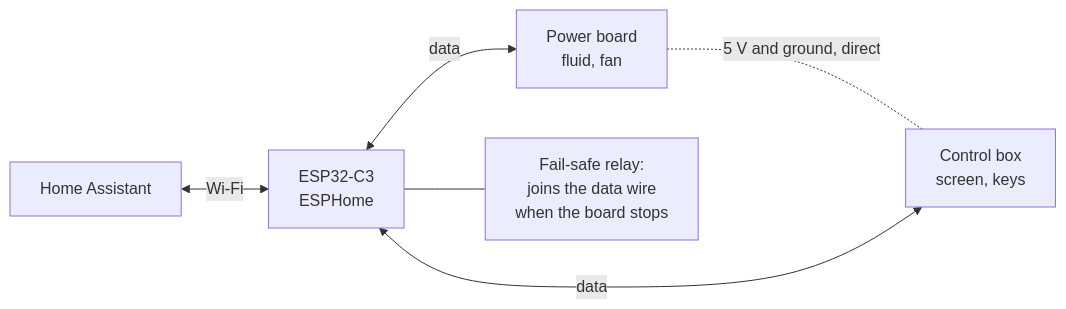
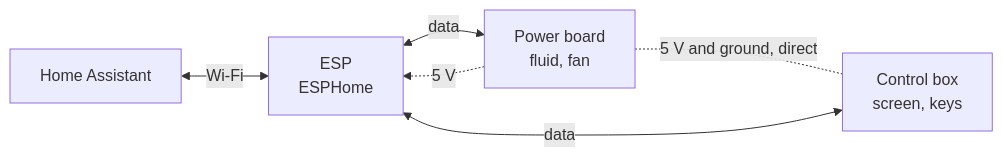
Before and after one commit to Plokkke/sauter-marapi-esphome: the diagram in README.en.md, drawn with Mermaid. The commit also changed other lines of this file and 7 other files, not shown here.

First line of the commit message:
docs: power the MITM board from the ribbon, without a fail-safe relay

````diff
--- a/README.en.md
+++ b/README.en.md
@@ -32,8 +33,8 @@
 ```mermaid
 flowchart LR
-  HA[Home Assistant] <-- Wi-Fi --> C3[ESP32-C3<br>ESPHome]
+  HA[Home Assistant] <-- Wi-Fi --> C3[ESP<br>ESPHome]
   CMD[Control box<br>screen, keys] <-- data --> C3
   C3 <-- data --> PWR[Power board<br>fluid, fan]
   PWR -. 5 V and ground, direct .- CMD
-  C3 --- R[Fail-safe relay:<br>joins the data wire<br>when the board stops]
+  PWR -. 5 V .-> C3
 ```
````
